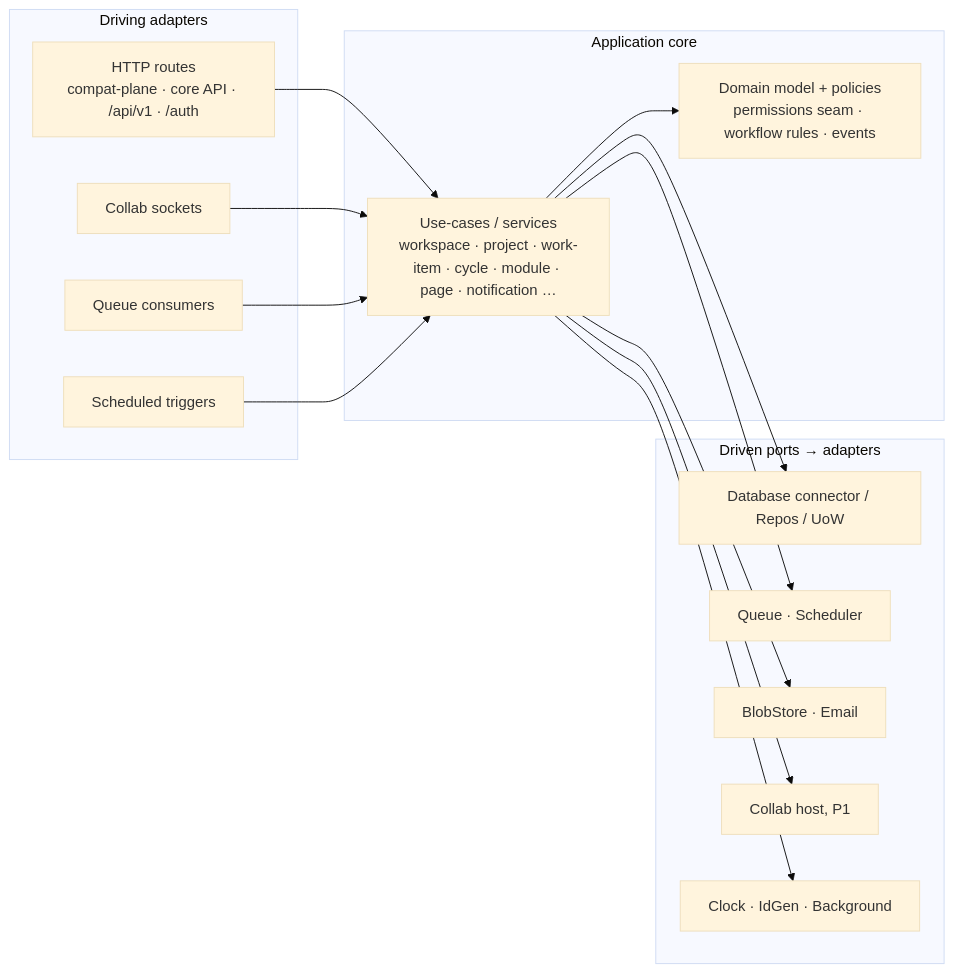
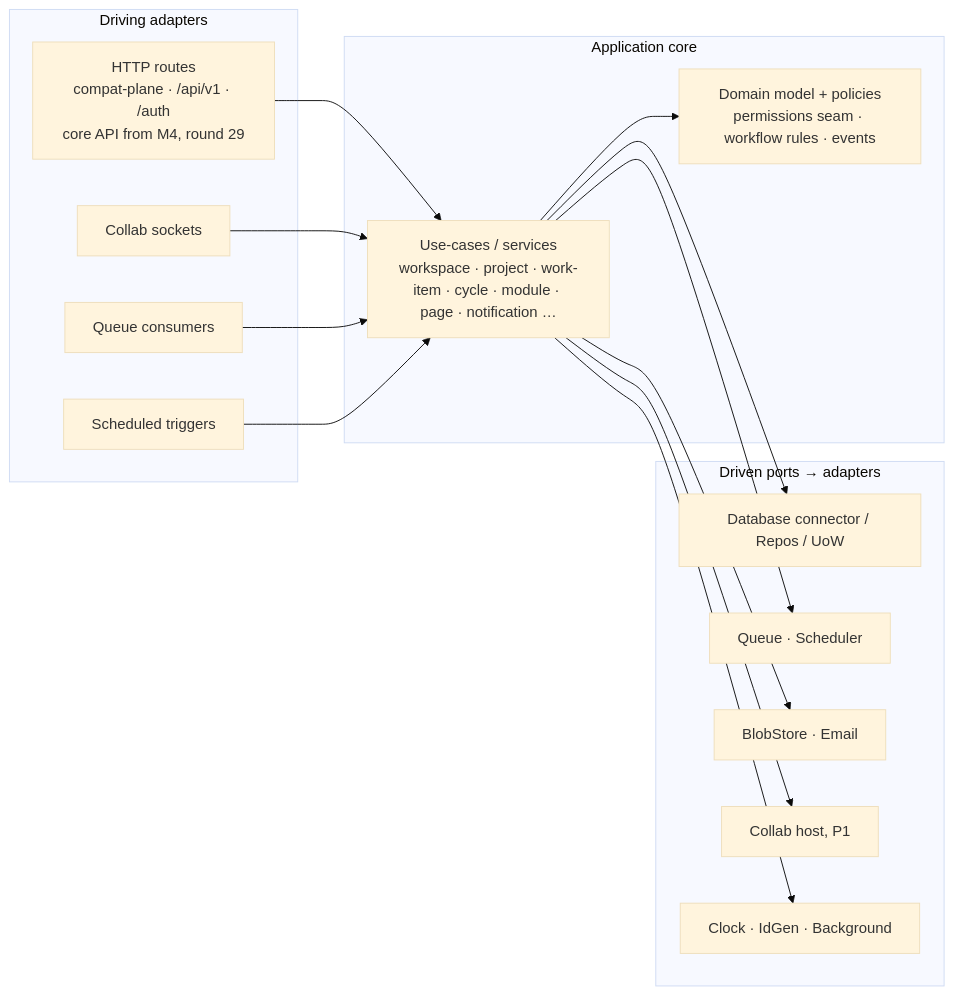
The fourth of 6 diagrams in .agents/plans/contrail/ARCHITECTURE.md (aRustyDev/thrust), drawn with Mermaid (base theme) before and after one commit. The commit also changed other lines of this file and 27 other files, not shown here.

First line of the commit message:
docs(plans): write PLAN.md, bound the compat scope and finish the round-29 acceptances

````diff
--- a/.agents/plans/contrail/ARCHITECTURE.md
+++ b/.agents/plans/contrail/ARCHITECTURE.md
@@ -117,30 +123,30 @@
 ```mermaid
 flowchart LR
   subgraph Driving[Driving adapters]
-    HTTP[HTTP routes<br/>compat-plane · core API · /api/v1 · /auth]
+    HTTP[HTTP routes<br/>compat-plane · /api/v1 · /auth<br/>core API from M4, round 29]
     WS[Collab sockets]
     QC[Queue consumers]
     CR[Scheduled triggers]
   end
   subgraph Core[Application core]
     UC[Use-cases / services<br/>workspace · project · work-item · cycle · module · page · notification …]
     DOM[Domain model + policies<br/>permissions seam · workflow rules · events]
   end
   subgraph Driven[Driven ports → adapters]
     P1[Database connector / Repos / UoW]
     P2[Queue · Scheduler]
     P3[BlobStore · Email]
     P4[Collab host, P1]
     P5[Clock · IdGen · Background]
   end
   HTTP --> UC
   WS --> UC
   QC --> UC
   CR --> UC
   UC --> DOM
   UC --> P1
   UC --> P2
   UC --> P3
   UC --> P4
   UC --> P5
 ```
````
